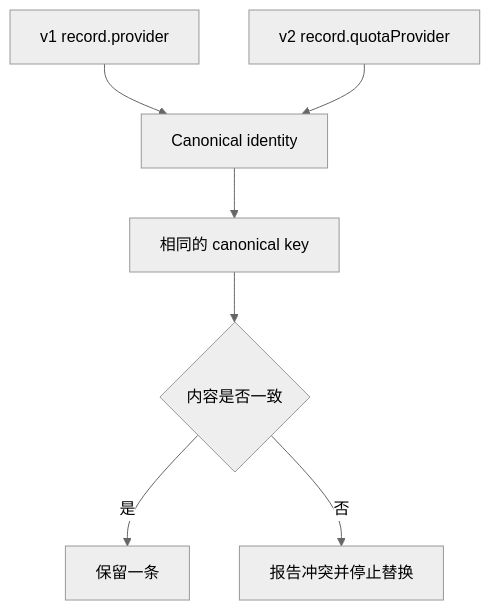
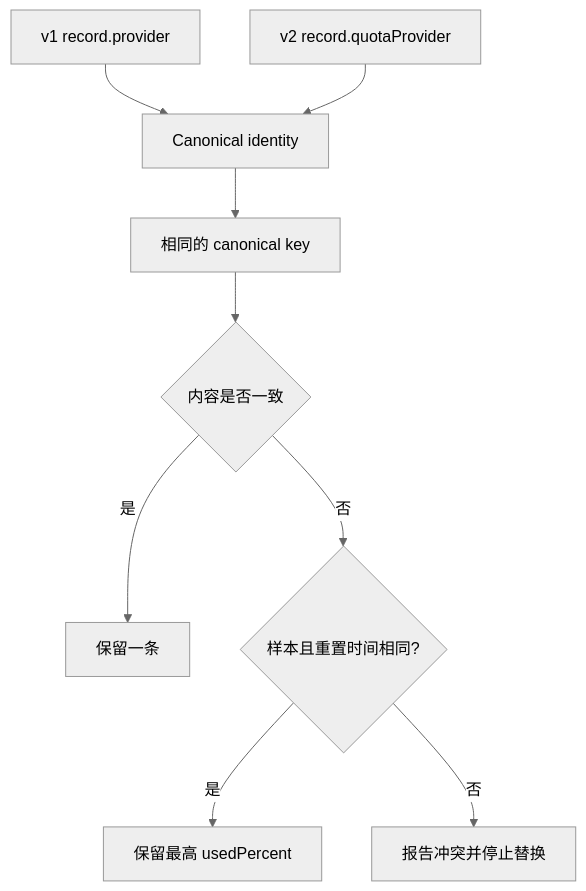
One commit to DoraJasmine/DoraMonitor changed the second of 6 diagrams in docs/data-migration-plan.md. Above: the diagram before and after it, drawn with Mermaid (neutral theme). The commit also changed other lines of this file and 20 other files, not shown here.

````diff
--- a/docs/data-migration-plan.md
+++ b/docs/data-migration-plan.md
@@ -134,9 +134,11 @@
 ```mermaid
 flowchart TB
     A[v1 record.provider] --> C[Canonical identity]
     B[v2 record.quotaProvider] --> C
     C --> K[相同的 canonical key]
     K --> D{内容是否一致}
     D -->|是| ONE[保留一条]
-    D -->|否| ERR[报告冲突并停止替换]
+    D -->|否| CHECK{样本且重置时间相同?}
+    CHECK -->|是| HIGH[保留最高 usedPercent]
+    CHECK -->|否| ERR[报告冲突并停止替换]
 ```
````
